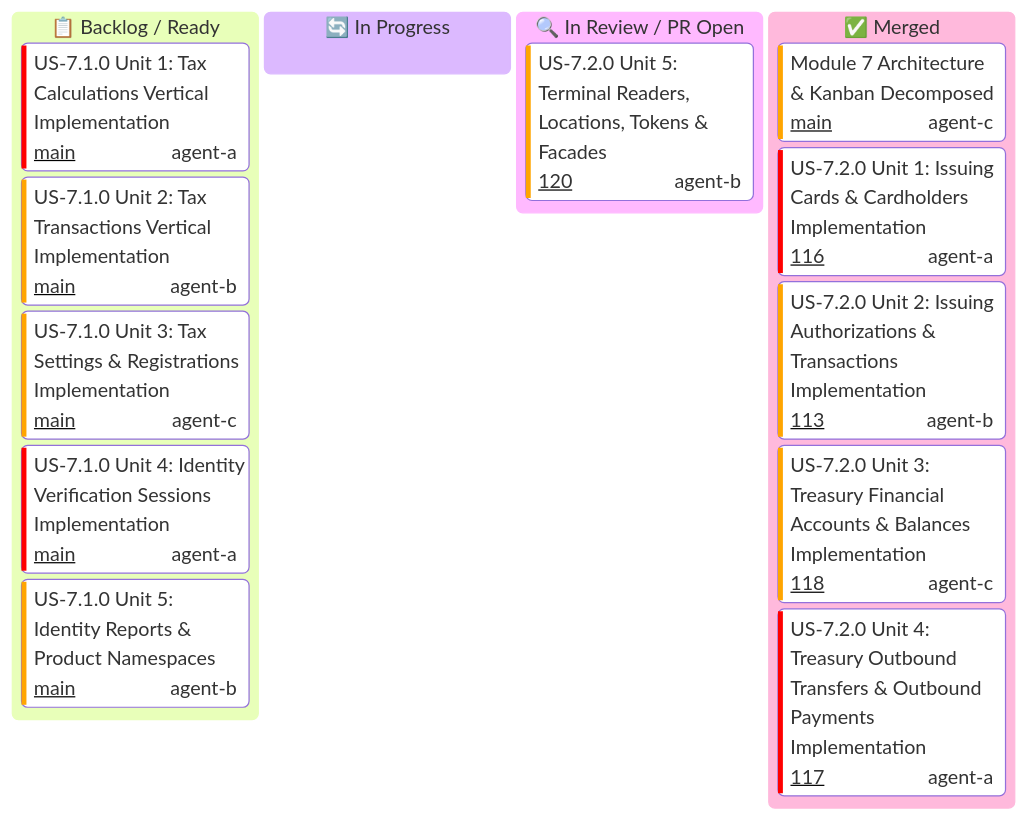
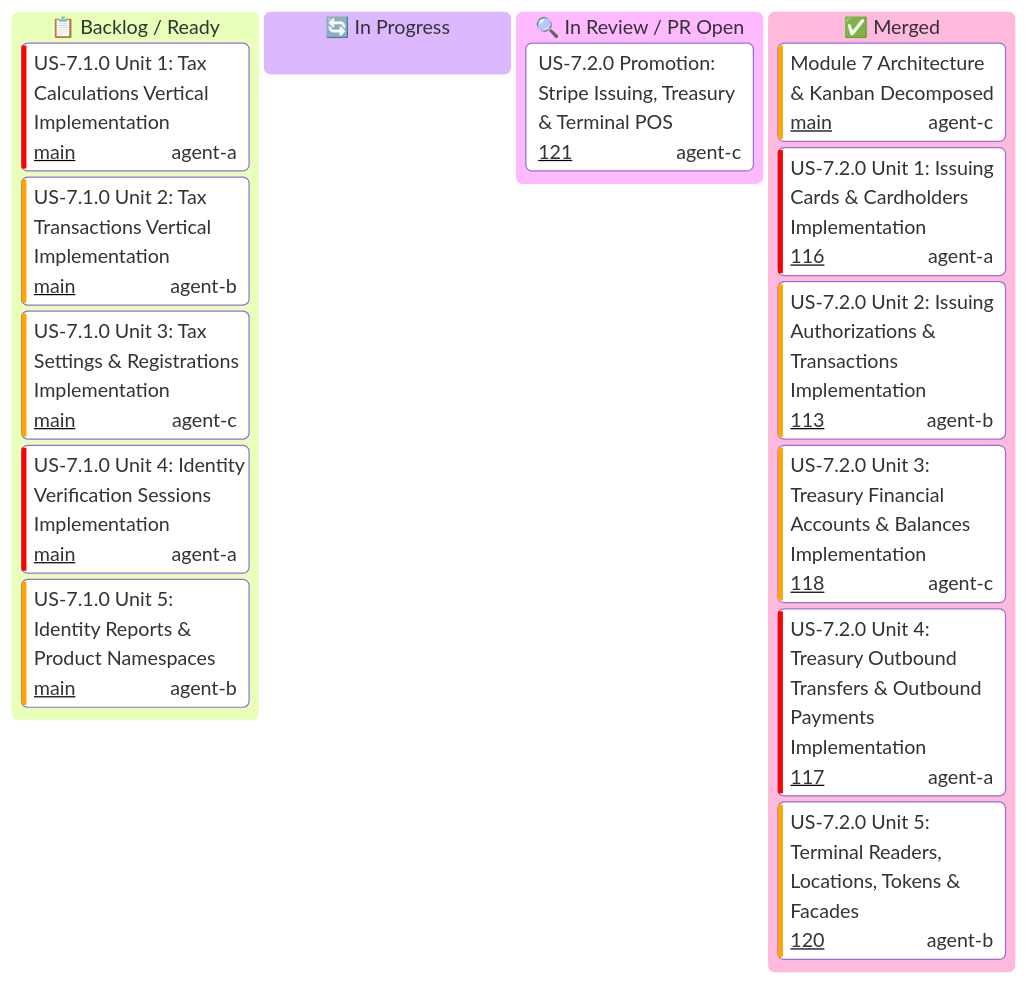
The diagram in docs/user-stories/module-7-specialized-product-namespaces/KANBAN.md (some-of-cs/some-stripe), drawn with Mermaid before and after one commit. The commit also changed 1 other file, not shown here.

Commit message:
docs(kanban): update US-7.2.0 units to merged and PR 121 in review

````diff
--- a/docs/user-stories/module-7-specialized-product-namespaces/KANBAN.md
+++ b/docs/user-stories/module-7-specialized-product-namespaces/KANBAN.md
@@ -16,23 +16,24 @@
 ```mermaid
 ---
 config:
   kanban:
     ticketBaseUrl: 'https://github.com/some-of-cs/some-stripe/pull/#TICKET#'
 ---
 kanban
   todo[📋 Backlog / Ready]
     us71_u1[US-7.1.0 Unit 1: Tax Calculations Vertical Implementation]@{ ticket: 'main', assigned: 'agent-a', priority: 'Very High' }
     us71_u2[US-7.1.0 Unit 2: Tax Transactions Vertical Implementation]@{ ticket: 'main', assigned: 'agent-b', priority: 'High' }
     us71_u3[US-7.1.0 Unit 3: Tax Settings & Registrations Implementation]@{ ticket: 'main', assigned: 'agent-c', priority: 'High' }
     us71_u4[US-7.1.0 Unit 4: Identity Verification Sessions Implementation]@{ ticket: 'main', assigned: 'agent-a', priority: 'Very High' }
     us71_u5[US-7.1.0 Unit 5: Identity Reports & Product Namespaces]@{ ticket: 'main', assigned: 'agent-b', priority: 'High' }
   in_progress[🔄 In Progress]
   in_review[🔍 In Review / PR Open]
-    us72_u5[US-7.2.0 Unit 5: Terminal Readers, Locations, Tokens & Facades]@{ ticket: '120', assigned: 'agent-b', priority: 'High' }
+    us72_promotion[US-7.2.0 Promotion: Stripe Issuing, Treasury & Terminal POS]@{ ticket: '121', assigned: 'agent-c', priority: 'Critical' }
   done[✅ Merged]
     m7_init[Module 7 Architecture & Kanban Decomposed]@{ ticket: 'main', assigned: 'agent-c', priority: 'High' }
     us72_u1[US-7.2.0 Unit 1: Issuing Cards & Cardholders Implementation]@{ ticket: '116', assigned: 'agent-a', priority: 'Very High' }
     us72_u2[US-7.2.0 Unit 2: Issuing Authorizations & Transactions Implementation]@{ ticket: '113', assigned: 'agent-b', priority: 'High' }
     us72_u3[US-7.2.0 Unit 3: Treasury Financial Accounts & Balances Implementation]@{ ticket: '118', assigned: 'agent-c', priority: 'High' }
     us72_u4[US-7.2.0 Unit 4: Treasury Outbound Transfers & Outbound Payments Implementation]@{ ticket: '117', assigned: 'agent-a', priority: 'Very High' }
+    us72_u5[US-7.2.0 Unit 5: Terminal Readers, Locations, Tokens & Facades]@{ ticket: '120', assigned: 'agent-b', priority: 'High' }
 ```
````
